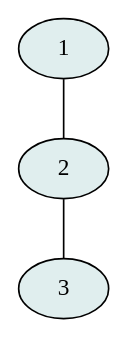
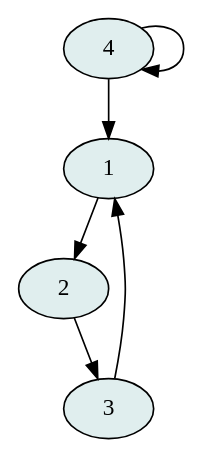
Before and after one commit to JJAMESRICE/PA7-GraphColoring-Start: the diagram in PublicTestCases/Trec4.mtx-before.dot, drawn with Graphviz. The commit also changed 16 other files, not shown here.

```diff
--- a/PublicTestCases/Trec4.mtx-before.dot
+++ b/PublicTestCases/Trec4.mtx-before.dot
@@ -1,7 +1,11 @@
-graph {
+digraph {
     1 [style=filled, fillcolor = azure2];
     2 [style=filled, fillcolor = azure2];
     3 [style=filled, fillcolor = azure2];
-1 -- 2;
-2 -- 3;
+    4 [style=filled, fillcolor = azure2];
+1 -> 2;
+3 -> 1;
+2 -> 3;
+4 -> 4;
+4 -> 1;
 }
```
